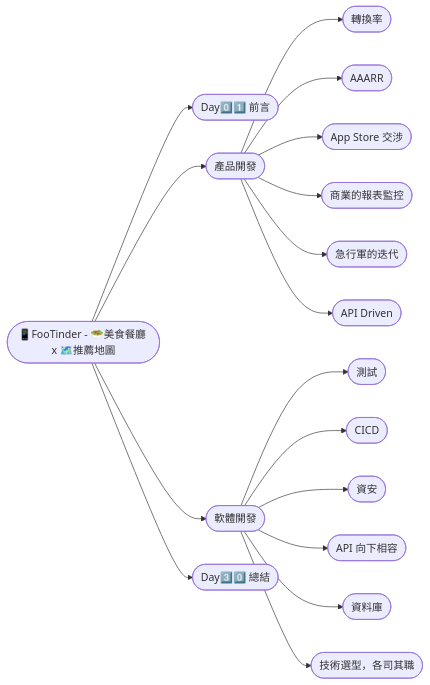
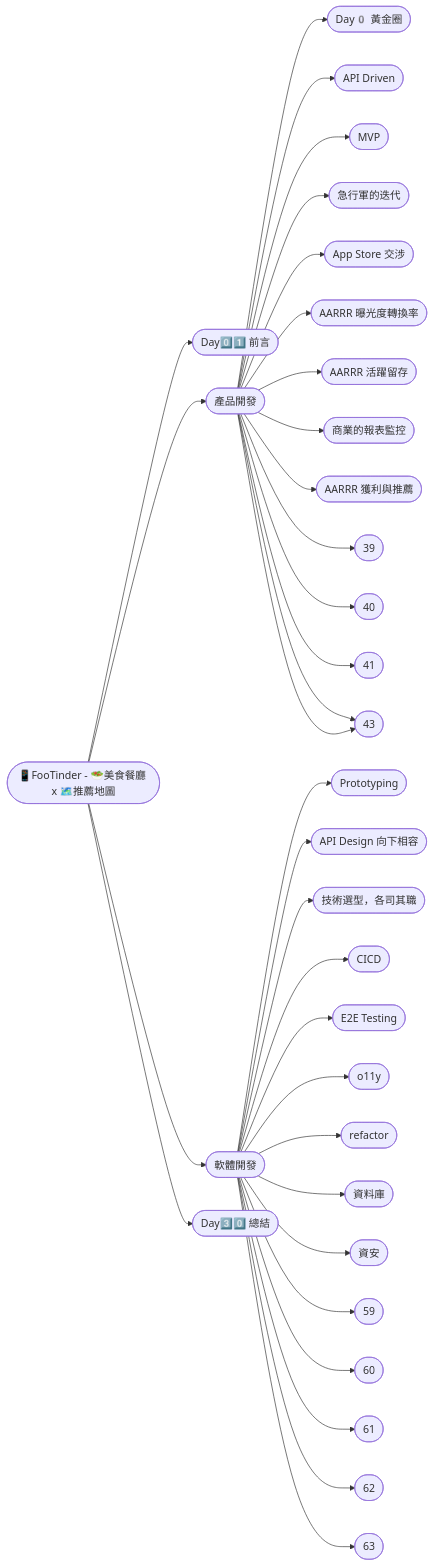
One commit to PureFuncInc/FooTinder-iThome-2023 changed the diagram in README.md. Above: the diagram before and after it, drawn with Mermaid.

Commit message:
👱‍♀️ Update README.md

````diff
--- a/README.md
+++ b/README.md
@@ -4,19 +4,35 @@
 ```mermaid
 graph LR;
 id1(["📱FooTinder - 🥗美食餐廳 x 🗺️推薦地圖"])-->id2(["Day0️⃣1️⃣ 前言"]);
 id1(["📱FooTinder - 🥗美食餐廳 x 🗺️推薦地圖"])-->id3(["產品開發"]);
-id3(["產品開發"])-->id31(["轉換率"])
-id3(["產品開發"])-->id32(["AAARR"])
-id3(["產品開發"])-->id33(["App Store 交涉"])
-id3(["產品開發"])-->id34(["商業的報表監控"])
-id3(["產品開發"])-->id35(["急行軍的迭代"])
-id3(["產品開發"])-->id36(["API Driven"])
-id1(["📱FooTinder - 🥗美食餐廳 x 🗺️推薦地圖"])-->id4(["軟體開發"]);
-id4(["軟體開發"])-->id44(["測試"])
-id4(["軟體開發"])-->id45(["CICD"])
-id4(["軟體開發"])-->id46(["資安"])
-id4(["軟體開發"])-->id47(["API 向下相容"])
-id4(["軟體開發"])-->id48(["資料庫"])
-id4(["軟體開發"])-->id49(["技術選型，各司其職"])
+id3(["產品開發"])-->id30(["Day0️ 黃金圈"])
+id3(["產品開發"])-->id31(["API Driven"])
+id3(["產品開發"])-->id32(["MVP"])
+id3(["產品開發"])-->id33(["急行軍的迭代"])
+id3(["產品開發"])-->id34(["App Store 交涉"])
+id3(["產品開發"])-->id35(["AARRR 曝光度轉換率"])
+id3(["產品開發"])-->id36(["AARRR 活躍留存"])
+id3(["產品開發"])-->id37(["商業的報表監控"])
+id3(["產品開發"])-->id38(["AARRR 獲利與推薦"])
+id3(["產品開發"])-->id39(["39"])
+id3(["產品開發"])-->id40(["40"])
+id3(["產品開發"])-->id41(["41"])
+id3(["產品開發"])-->id42(["42"])
+id3(["產品開發"])-->id42(["43"])
+id1(["📱FooTinder - 🥗美食餐廳 x 🗺️推薦地圖"])-->id5(["軟體開發"]);
+id5(["軟體開發"])-->id50(["Prototyping"])
+id5(["軟體開發"])-->id51(["API Design 向下相容"])
+id5(["軟體開發"])-->id52(["技術選型，各司其職"])
+id5(["軟體開發"])-->id53(["CICD"])
+id5(["軟體開發"])-->id54(["E2E Testing"])
+id5(["軟體開發"])-->id55(["o11y"])
+id5(["軟體開發"])-->id56(["refactor"])
+id5(["軟體開發"])-->id57(["資料庫"])
+id5(["軟體開發"])-->id58(["資安"])
+id5(["軟體開發"])-->id59(["59"])
+id5(["軟體開發"])-->id60(["60"])
+id5(["軟體開發"])-->id61(["61"])
+id5(["軟體開發"])-->id62(["62"])
+id5(["軟體開發"])-->id63(["63"])
 id1(["📱FooTinder - 🥗美食餐廳 x 🗺️推薦地圖"])-->id99(["Day3️⃣0️⃣ 總結"]);
 ```
````
